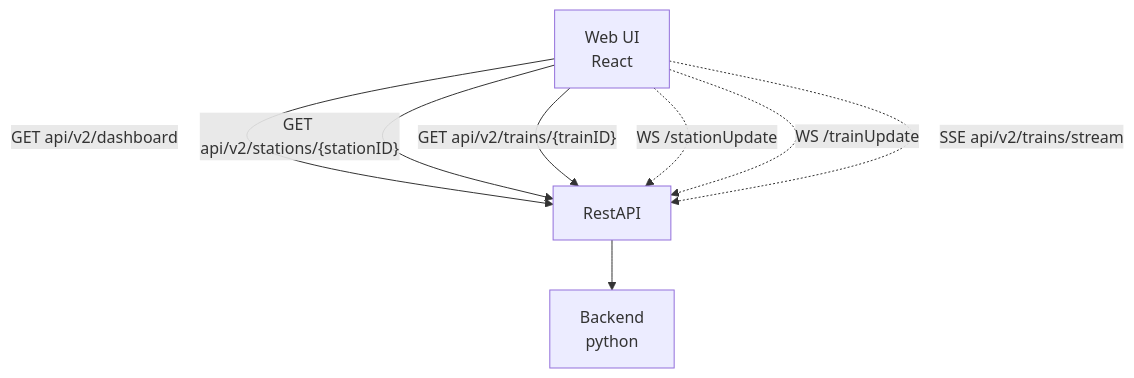
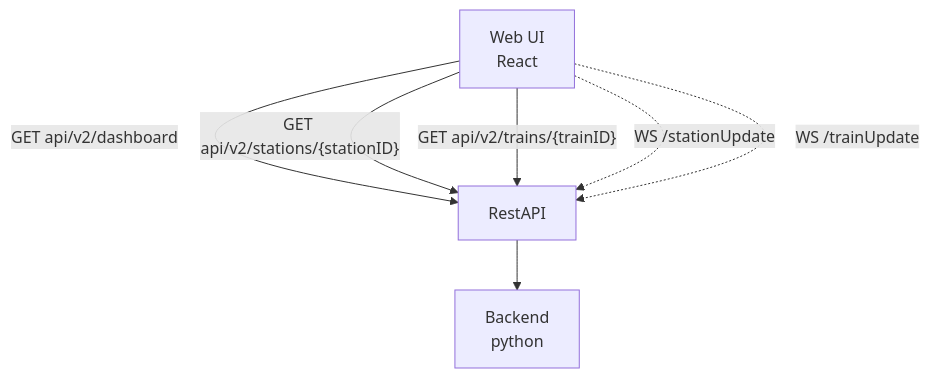
The diagram in contracts/api/v2/positioning-interface/README.md (aau-cph-sw5/case-b-manning-patrol), drawn with Mermaid before and after one commit. The commit also changed other lines of this file and 2 other files, not shown here.

````diff
--- a/contracts/api/v2/positioning-interface/README.md
+++ b/contracts/api/v2/positioning-interface/README.md
@@ -7,10 +7,9 @@
 ```mermaid
 graph TD
     WebUI[Web UI\nReact] -->|"GET api/v2/dashboard"| RestAPI
     WebUI -->|"GET api/v2/stations/{stationID}"| RestAPI
     WebUI -->|"GET api/v2/trains/{trainID}"| RestAPI
     WebUI -.->|"WS /stationUpdate"| RestAPI
     WebUI -.->|"WS /trainUpdate"| RestAPI
-    WebUI -.->|"SSE api/v2/trains/stream"| RestAPI
     RestAPI[RestAPI] --> Backend[Backend\npython]
 ```
````
